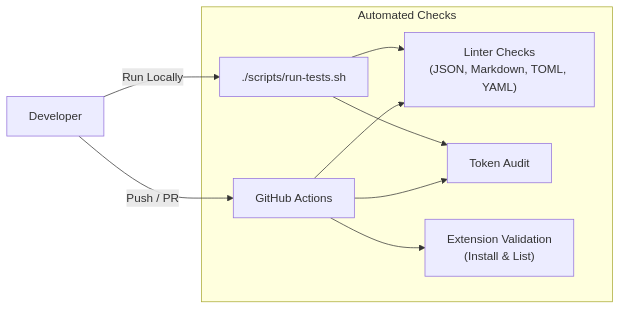
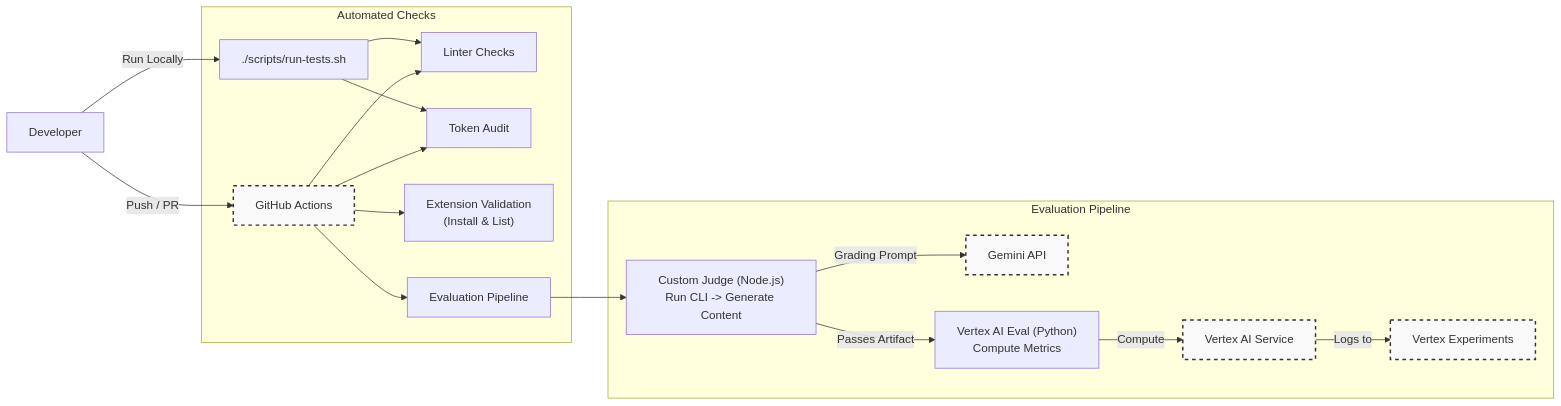
One commit to sapientcoffee/scribe changed the second of 2 diagrams in README.md. Above: the diagram before and after it, drawn with Mermaid.

Commit message:
docs: style external components in architecture diagram

````diff
--- a/README.md
+++ b/README.md
@@ -124,13 +124,26 @@
 ```mermaid
 graph LR
+    classDef external fill:#f9f9f9,stroke:#333,stroke-width:2px,stroke-dasharray: 5 5;
+    
     Developer[Developer] -->|Run Locally| Script["./scripts/run-tests.sh"]
-    Developer -->|Push / PR| GitHub[GitHub Actions]
+    Developer -->|Push / PR| GitHub[GitHub Actions]:::external
 
     subgraph "Automated Checks"
         Script --> Linting[Linter Checks]
         Script --> Audit[Token Audit]
-        GitHub --> Linting["Linter Checks<br/>(JSON, Markdown, TOML, YAML)"]
+        
+        GitHub --> Linting
         GitHub --> Audit
         GitHub --> Validation["Extension Validation<br/>(Install & List)"]
+        
+        GitHub --> EvalFlow[Evaluation Pipeline]
+    end
+
+    subgraph "Evaluation Pipeline"
+        EvalFlow --> CustomJudge["Custom Judge (Node.js)<br/>Run CLI -> Generate Content"]
+        CustomJudge -->|Grading Prompt| Gemini[Gemini API]:::external
+        CustomJudge -->|Passes Artifact| VertexEval["Vertex AI Eval (Python)<br/>Compute Metrics"]
+        VertexEval -->|Compute| VertexAPI[Vertex AI Service]:::external
+        VertexAPI -->|Logs to| VertexConsole[Vertex Experiments]:::external
     end
 ```
````
